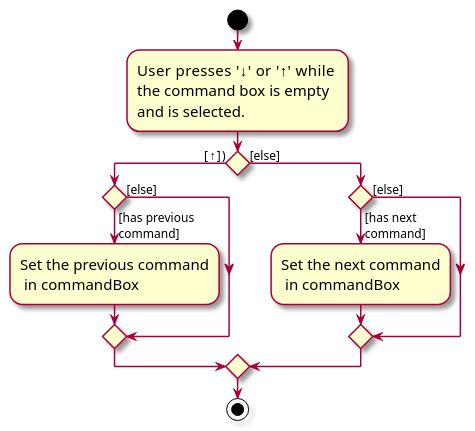
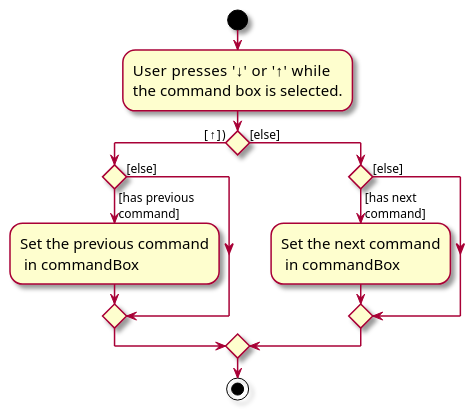
One commit to nus-cs2103-AY2324S1/tp changed the diagram in docs/diagrams/CommandHistoryActivityDiagram.puml. Above: the diagram before and after it, drawn with PlantUML.

Commit message:
Remove need for commandBox to be empty

```diff
--- a/docs/diagrams/CommandHistoryActivityDiagram.puml
+++ b/docs/diagrams/CommandHistoryActivityDiagram.puml
@@ -1,20 +1,20 @@
 @startuml
 skin rose
 skinparam ActivityFontSize 15
 skinparam ArrowFontSize 12
 start
-:User presses '↓' or '↑' while \nthe command box is empty\nand is selected.;
+:User presses '↓' or '↑' while \nthe command box is selected.;
 
 if () then ([↑]))
     if() then ([has previous\ncommand])
     :Set the previous command\n in commandBox;
     else ([else])
     endif
 else ([else])
     if() then ([has next\ncommand])
     :Set the next command\n in commandBox;
     else ([else])
     endif
 endif
 stop
 @enduml
```
